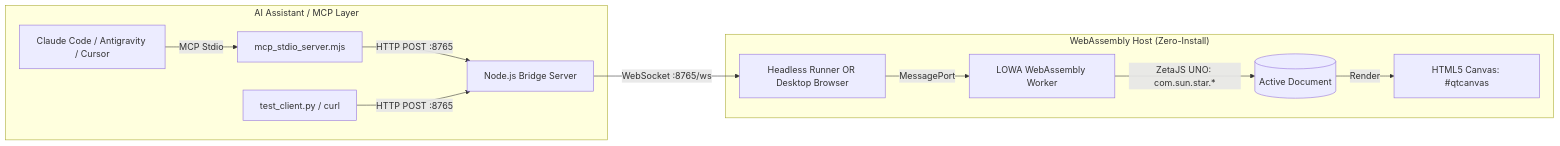
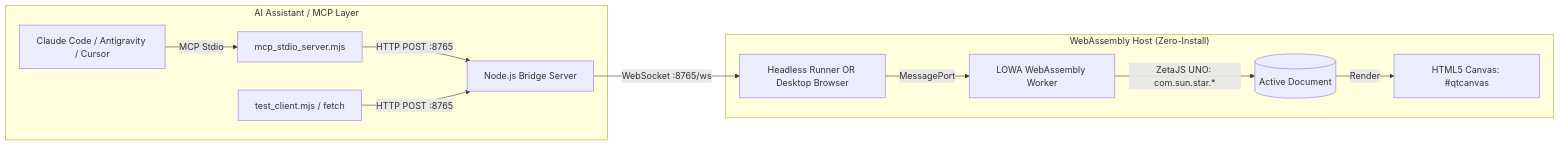
One commit to erikmartino/zetaoffice-mcp changed the diagram in README.md. Above: the diagram before and after it, drawn with Mermaid. The commit also changed other lines of this file and 19 other files, not shown here.

````diff
--- a/README.md
+++ b/README.md
@@ -22,15 +22,15 @@
 ```mermaid
 flowchart LR
     subgraph Client ["AI Assistant / MCP Layer"]
         A[Claude Code / Antigravity / Cursor] -->|MCP Stdio| B[mcp_stdio_server.mjs]
         B -->|HTTP POST :8765| C[Node.js Bridge Server]
-        T[test_client.py / curl] -->|HTTP POST :8765| C
+        T[test_client.mjs / fetch] -->|HTTP POST :8765| C
     end
 
     subgraph WasmHost ["WebAssembly Host (Zero-Install)"]
         C -->|WebSocket :8765/ws| D[Headless Runner OR Desktop Browser]
         D -->|MessagePort| E[LOWA WebAssembly Worker]
         E -->|ZetaJS UNO: com.sun.star.*| F[(Active Document)]
         F -->|Render| G[HTML5 Canvas: #qtcanvas]
     end
 ```
````
